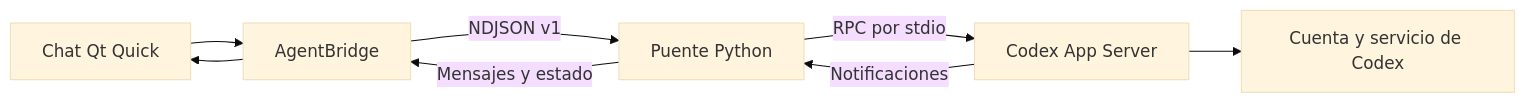
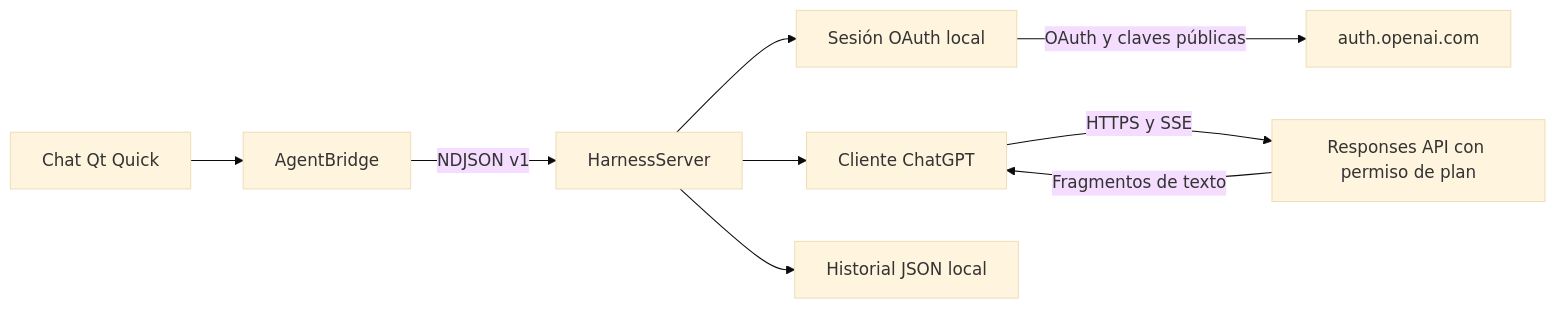
One commit to davidmeraz/agent-shell changed the diagram in docs/architecture.md. Above: the diagram before and after it, drawn with Mermaid (base theme). The commit also changed other lines of this file and 29 other files, not shown here.

First line of the commit message:
feat: conectar Agent Shell con ChatGPT sin Codex CLI en v0.3.0

````diff
--- a/docs/architecture.md
+++ b/docs/architecture.md
@@ -9,10 +6,11 @@
 ```mermaid
 flowchart LR
-    UI[Chat Qt Quick] --> Bridge[AgentBridge]
-    Bridge -->|NDJSON v1| Python[Puente Python]
-    Python -->|RPC por stdio| Codex[Codex App Server]
-    Codex --> Account[Cuenta y servicio de Codex]
-    Codex -->|Notificaciones| Python
-    Python -->|Mensajes y estado| Bridge
-    Bridge --> UI
+    Qt[Chat Qt Quick] --> Bridge[AgentBridge]
+    Bridge -->|NDJSON v1| Python[HarnessServer]
+    Python --> Session[Sesión OAuth local]
+    Python --> Client[Cliente ChatGPT]
+    Session -->|OAuth y claves públicas| Auth[auth.openai.com]
+    Client -->|HTTPS y SSE| API[Responses API con permiso de plan]
+    API -->|Fragmentos de texto| Client
+    Python --> History[Historial JSON local]
 ```
````
